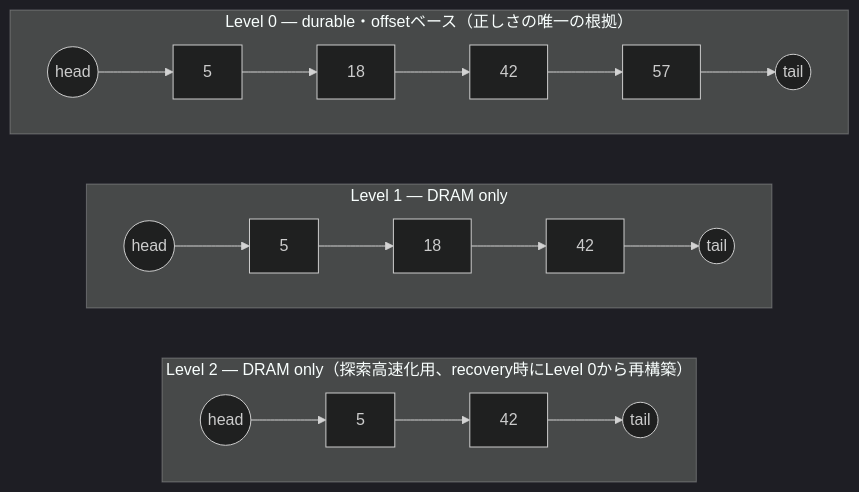
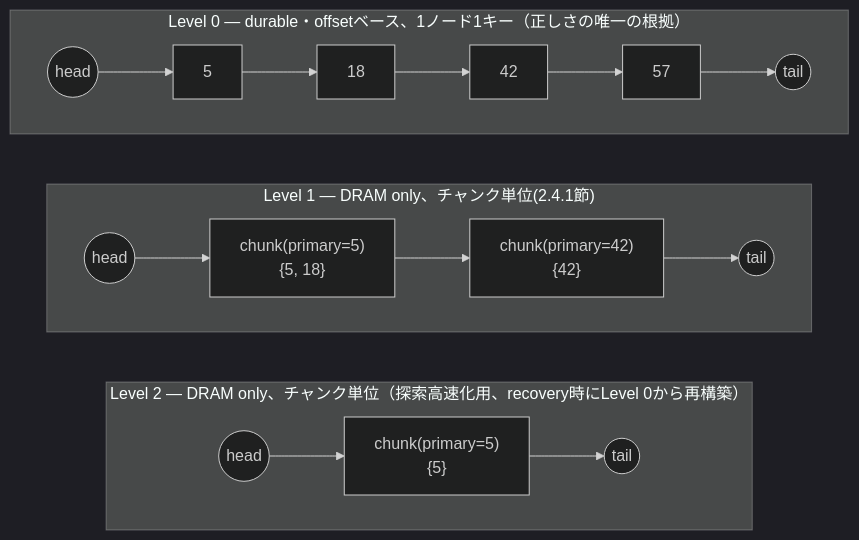
The first of 3 diagrams in implementation/pskiplist/high_level_design.md (wasanemon/VMemKV), drawn with Mermaid (dark theme) before and after one commit. The commit also changed other lines of this file, not shown here.

First line of the commit message:
pskiplist: update high_level_design.md to match the current implementation

````diff
--- a/implementation/pskiplist/high_level_design.md
+++ b/implementation/pskiplist/high_level_design.md
@@ -13,15 +13,15 @@
 ```mermaid
 flowchart LR
-    subgraph L2["Level 2 — DRAM only（探索高速化用、recovery時にLevel 0から再構築）"]
+    subgraph L2["Level 2 — DRAM only、チャンク単位（探索高速化用、recovery時にLevel 0から再構築）"]
         direction LR
-        h2((head)) --> a2[5] --> c2[42] --> t2((tail))
+        h2((head)) --> a2["chunk(primary=5)<br/>{5}"] --> t2((tail))
     end
-    subgraph L1["Level 1 — DRAM only"]
+    subgraph L1["Level 1 — DRAM only、チャンク単位(2.4.1節)"]
         direction LR
-        h1((head)) --> a1[5] --> b1[18] --> c1[42] --> t1((tail))
+        h1((head)) --> a1["chunk(primary=5)<br/>{5, 18}"] --> c1["chunk(primary=42)<br/>{42}"] --> t1((tail))
     end
-    subgraph L0["Level 0 — durable・offsetベース（正しさの唯一の根拠）"]
+    subgraph L0["Level 0 — durable・offsetベース、1ノード1キー（正しさの唯一の根拠）"]
         direction LR
         h0((head)) --> a0[5] --> b0[18] --> c0[42] --> d0[57] --> t0((tail))
     end
 ```
````
